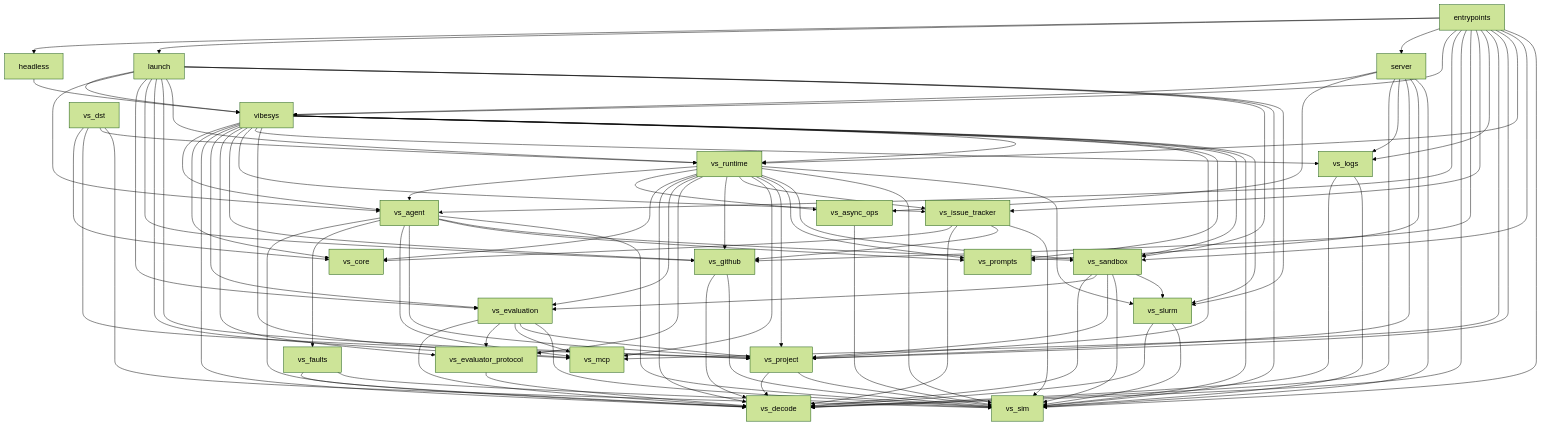
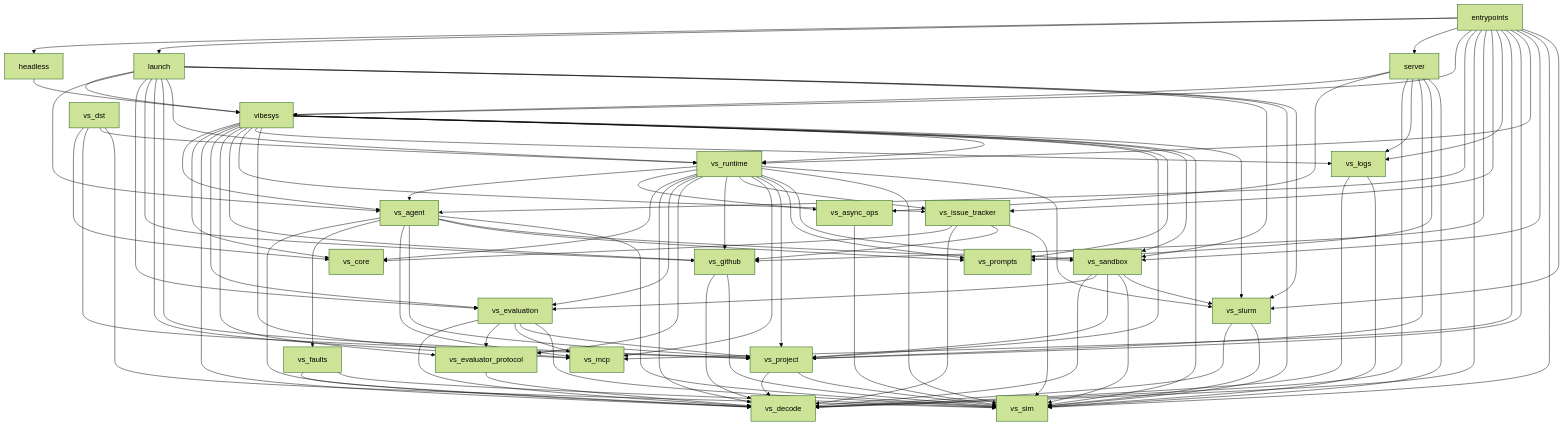
The diagram in docs/contributing/architecture.md (6Mikao9/vibesys), drawn with Mermaid (forest theme) before and after one commit. The commit also changed 34 other files, not shown here.

```diff
--- a/docs/contributing/architecture.md
+++ b/docs/contributing/architecture.md
@@ -146,6 +146,7 @@
     entrypoints --> vs_runtime
     entrypoints --> vs_sandbox
     entrypoints --> vs_sim
+    entrypoints --> vs_slurm
     headless --> vibesys
     launch --> vibesys
     launch --> vs_agent
```
